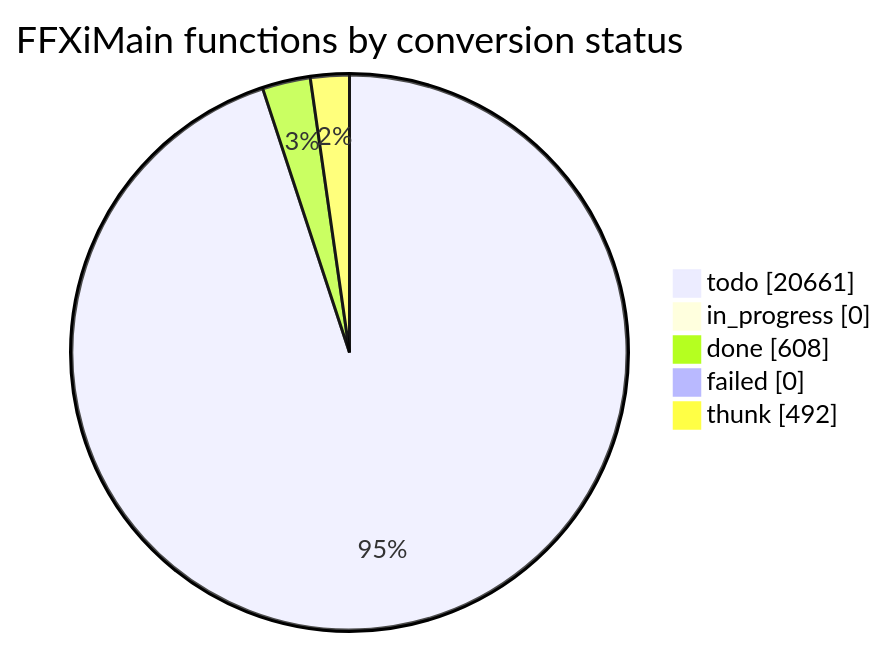
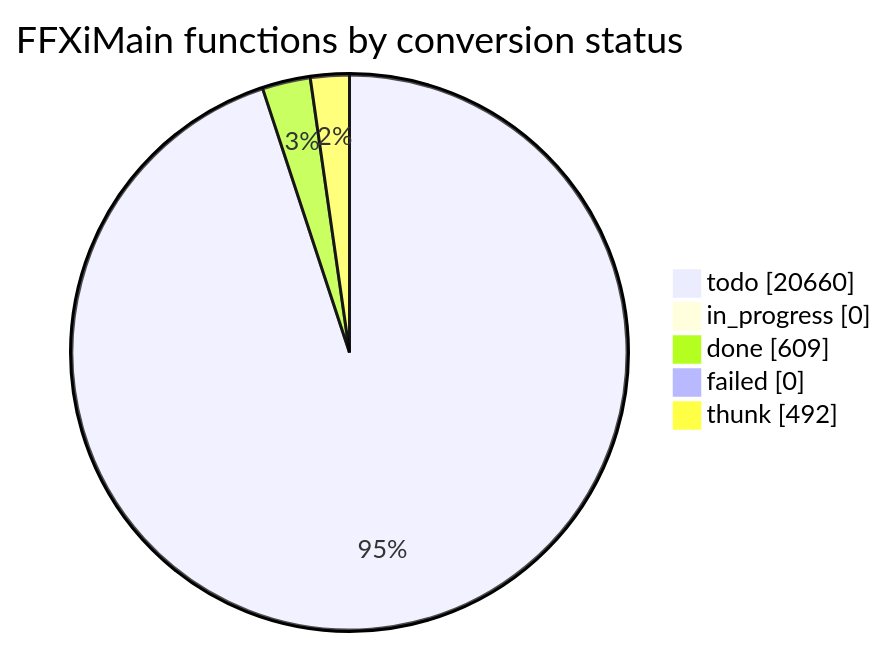
One commit to cowrevenge/cow_kuluu_xi_anything changed the diagram in docs/cow/STATUS.md. Above: the diagram before and after it, drawn with Mermaid. The commit also changed other lines of this file and 9 other files, not shown here.

````diff
--- a/docs/cow/STATUS.md
+++ b/docs/cow/STATUS.md
@@ -18,9 +18,9 @@
 ```mermaid
 pie showData
     title FFXiMain functions by conversion status
-    "todo" : 20661
+    "todo" : 20660
     "in_progress" : 0
-    "done" : 608
+    "done" : 609
     "failed" : 0
     "thunk" : 492
 ```
````
